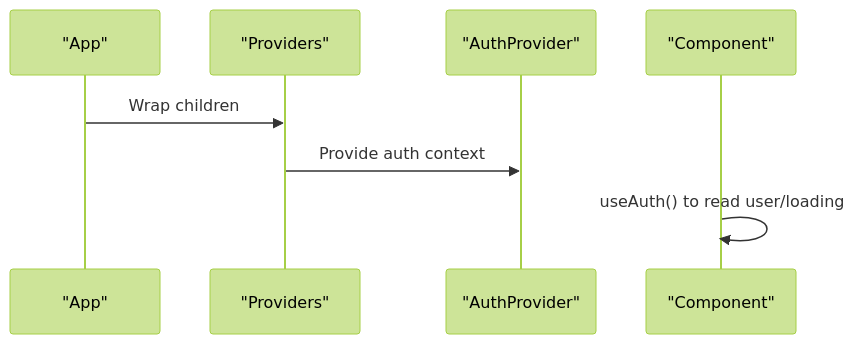
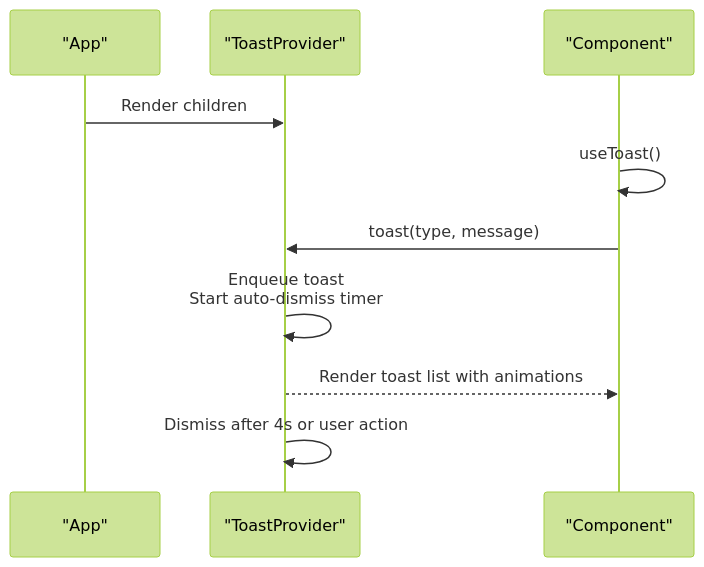
One commit to Daniiyal-creates/MedAce-AI changed the eighth of 9 diagrams in .qoder/repowiki/en/content/Component Library/Component Library.md. Above: the diagram before and after it, drawn with Mermaid (forest theme). The commit also changed other lines of this file and 159 other files, not shown here.

````diff
--- a/.qoder/repowiki/en/content/Component Library/Component Library.md
+++ b/.qoder/repowiki/en/content/Component Library/Component Library.md
@@ -418,10 +409,12 @@
 ```mermaid
 sequenceDiagram
 participant App as "App"
-participant Providers as "Providers"
-participant Auth as "AuthProvider"
+participant Provider as "ToastProvider"
 participant Consumer as "Component"
-App->>Providers : Wrap children
-Providers->>Auth : Provide auth context
-Consumer->>Consumer : useAuth() to read user/loading
+App->>Provider : Render children
+Consumer->>Consumer : useToast()
+Consumer->>Provider : toast(type, message)
+Provider->>Provider : Enqueue toast<br/>Start auto-dismiss timer
+Provider-->>Consumer : Render toast list with animations
+Provider->>Provider : Dismiss after 4s or user action
 ```
````
